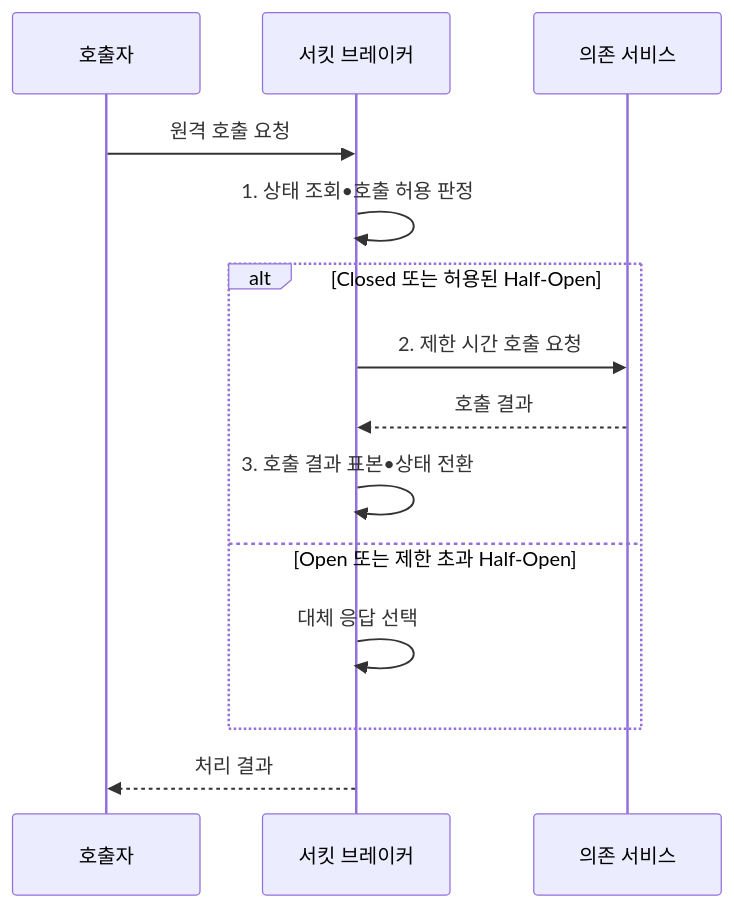
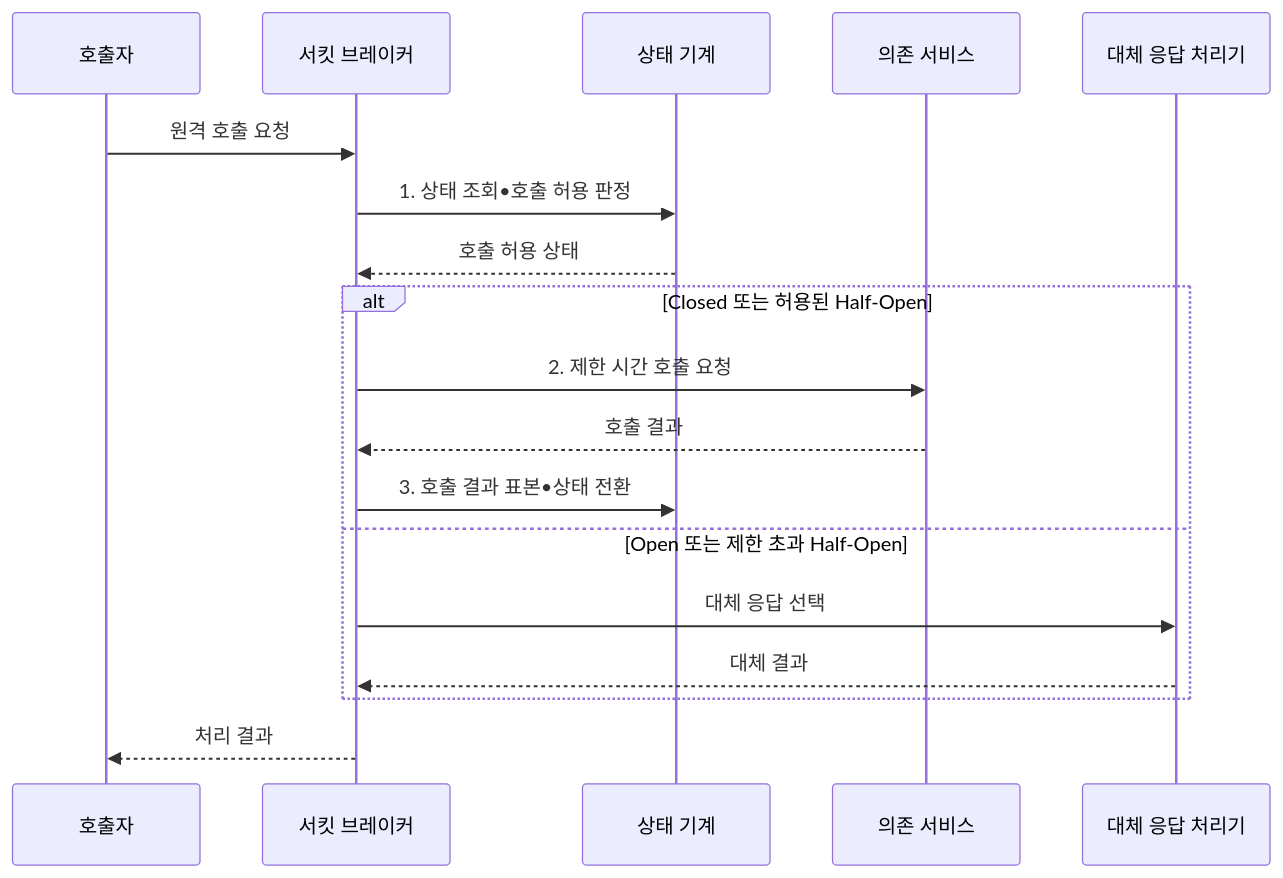
One commit to agnusdei1207/knowledge-base changed the second of 2 diagrams in src/content/docs/notes/03-software/041_circuit_breaker_pattern.md. Above: the diagram before and after it, drawn with Mermaid. The commit also changed other lines of this file and 10 other files, not shown here.

````diff
--- a/src/content/docs/notes/03-software/041_circuit_breaker_pattern.md
+++ b/src/content/docs/notes/03-software/041_circuit_breaker_pattern.md
@@ -104,16 +104,20 @@
 ```mermaid
 sequenceDiagram
     participant C as 호출자
     participant B as 서킷 브레이커
+    participant S as 상태 기계
     participant D as 의존 서비스
+    participant F as 대체 응답 처리기
     C->>B: 원격 호출 요청
-    B->>B: 1. 상태 조회•호출 허용 판정
+    B->>S: 1. 상태 조회•호출 허용 판정
+    S-->>B: 호출 허용 상태
     alt Closed 또는 허용된 Half-Open
         B->>D: 2. 제한 시간 호출 요청
         D-->>B: 호출 결과
-        B->>B: 3. 호출 결과 표본•상태 전환
+        B->>S: 3. 호출 결과 표본•상태 전환
     else Open 또는 제한 초과 Half-Open
-        B->>B: 대체 응답 선택
+        B->>F: 대체 응답 선택
+        F-->>B: 대체 결과
     end
     B-->>C: 처리 결과
 ```
````
